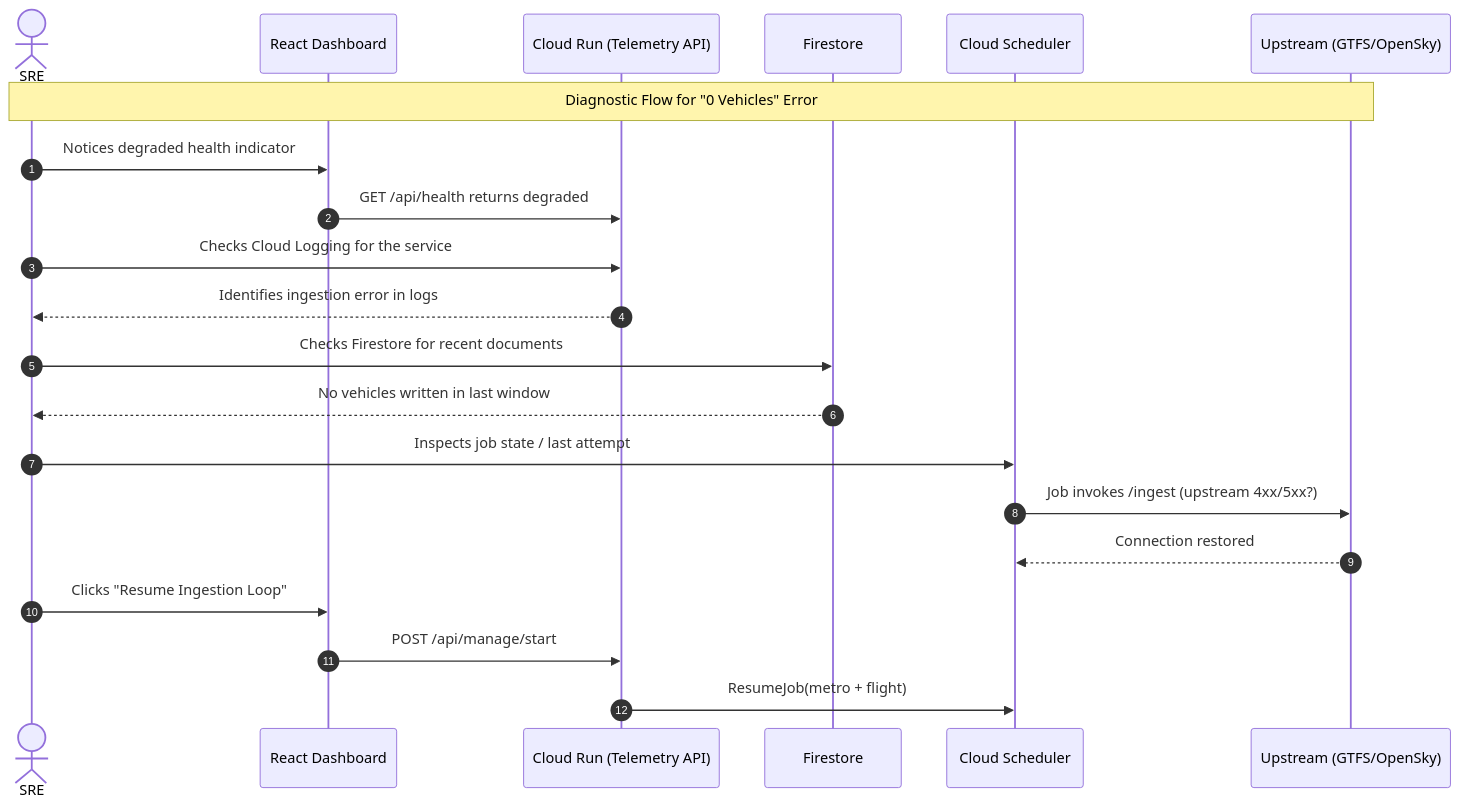
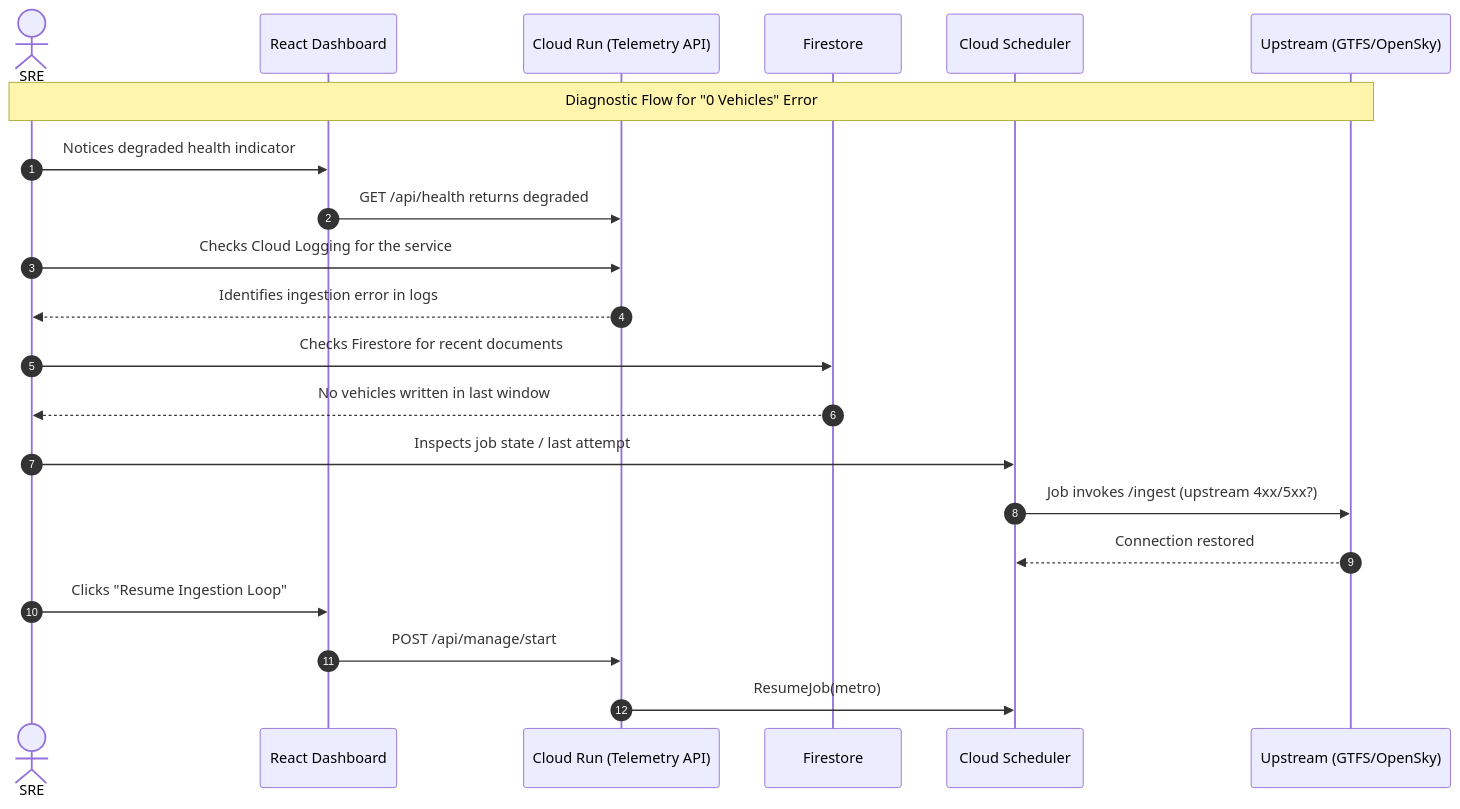
One commit to tonyperkins/gcp-telemetry-platform changed the diagram in dashboard/public/docs/runbook.md. Above: the diagram before and after it, drawn with Mermaid. The commit also changed other lines of this file and 6 other files, not shown here.

````diff
--- a/dashboard/public/docs/runbook.md
+++ b/dashboard/public/docs/runbook.md
@@ -3,28 +3,28 @@
 ```mermaid
 sequenceDiagram
     autonumber
     actor SRE
     participant DASH as React Dashboard
     participant RUN as Cloud Run (Telemetry API)
     participant FS as Firestore
     participant SCHED as Cloud Scheduler
     participant EXTERNAL as Upstream (GTFS/OpenSky)
 
     Note over SRE,EXTERNAL: Diagnostic Flow for "0 Vehicles" Error
 
     SRE->>DASH: Notices degraded health indicator
     DASH->>RUN: GET /api/health returns degraded
     SRE->>RUN: Checks Cloud Logging for the service
     RUN-->>SRE: Identifies ingestion error in logs
 
     SRE->>FS: Checks Firestore for recent documents
     FS-->>SRE: No vehicles written in last window
 
     SRE->>SCHED: Inspects job state / last attempt
     SCHED->>EXTERNAL: Job invokes /ingest (upstream 4xx/5xx?)
     EXTERNAL-->>SCHED: Connection restored
 
     SRE->>DASH: Clicks "Resume Ingestion Loop"
     DASH->>RUN: POST /api/manage/start
-    RUN->>SCHED: ResumeJob(metro + flight)
+    RUN->>SCHED: ResumeJob(metro)
 ```
````
